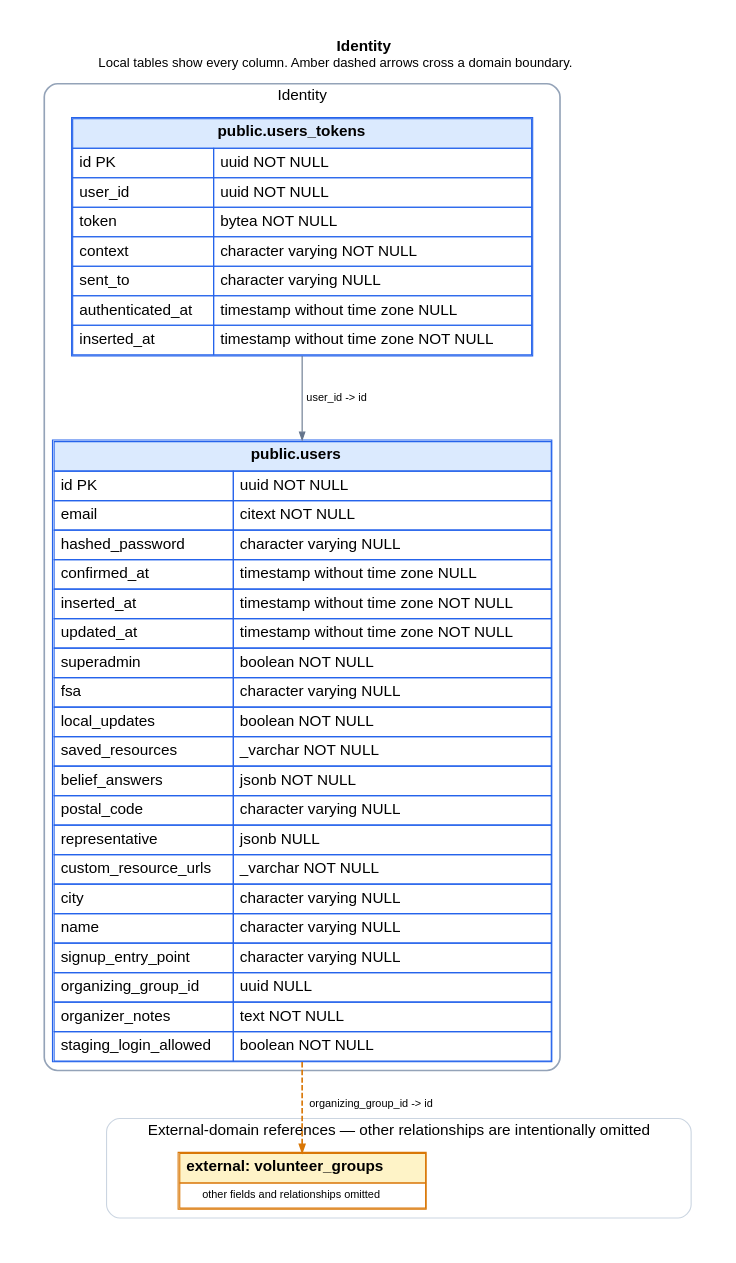
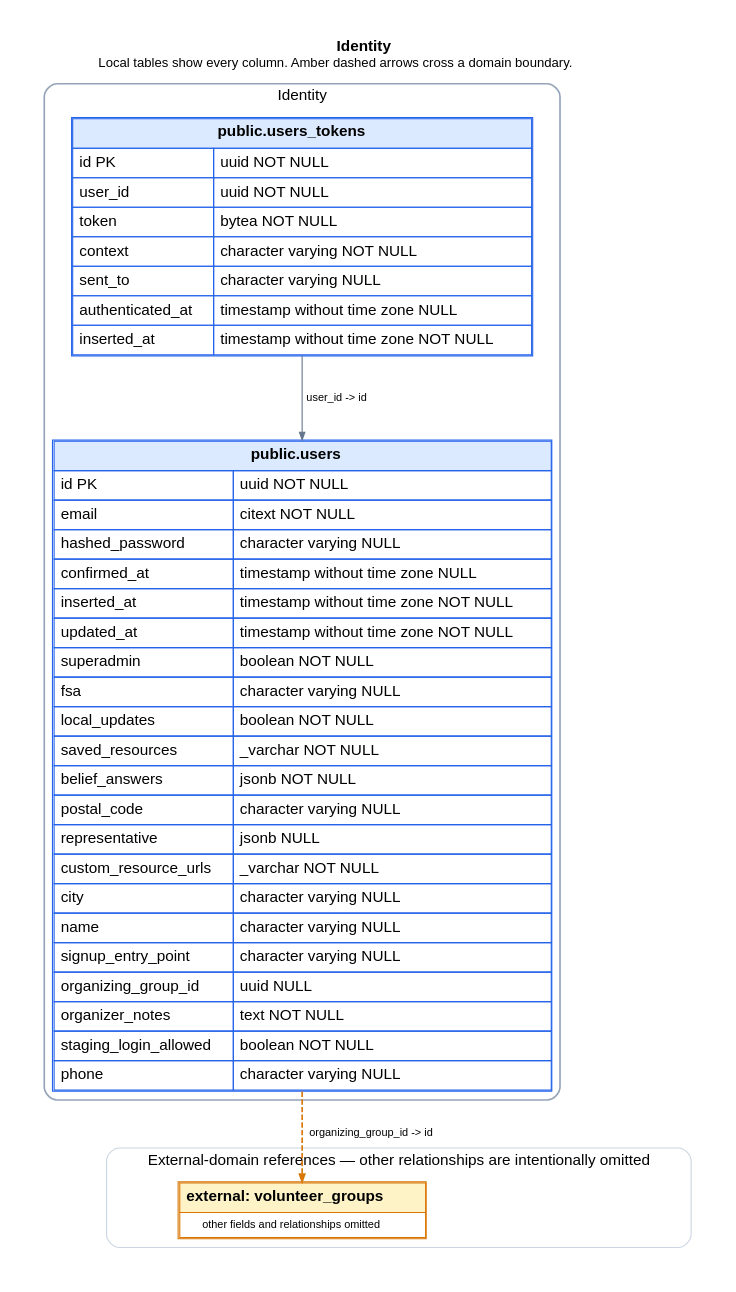
The diagram in docs/schema/domains/identity.dot (ogourment/pauseai.ca-website), drawn with Graphviz before and after one commit. The commit also changed 38 other files, not shown here.

Commit message:
Clarify signup choices, add account continuation and optional phone

```diff
--- a/docs/schema/domains/identity.dot
+++ b/docs/schema/domains/identity.dot
@@ -1,45 +1,45 @@
 digraph identity {
   graph [rankdir=TB, bgcolor="white", pad=0.35, nodesep=0.6, ranksep=0.9, fontname="Helvetica"];
   node [shape=plain, fontname="Helvetica"];
   edge [fontname="Helvetica", fontsize=10, arrowsize=0.7];
   labelloc="t";
   label=< <B>Identity</B><BR/><FONT POINT-SIZE="12">Local tables show every column. Amber dashed arrows cross a domain boundary.</FONT> >;
 
   subgraph cluster_local {
     label="Identity";
     color="#94a3b8";
     penwidth=1.5;
     style="rounded";
   "users" [label=<
     <TABLE BORDER="1" CELLBORDER="1" CELLSPACING="0" CELLPADDING="5" COLOR="#2563eb">
       <TR><TD BGCOLOR="#dbeafe" COLSPAN="2"><B>public.users</B></TD></TR>
-      <TR><TD ALIGN="LEFT">id PK</TD><TD ALIGN="LEFT">uuid NOT NULL</TD></TR><TR><TD ALIGN="LEFT">email</TD><TD ALIGN="LEFT">citext NOT NULL</TD></TR><TR><TD ALIGN="LEFT">hashed_password</TD><TD ALIGN="LEFT">character varying NULL</TD></TR><TR><TD ALIGN="LEFT">confirmed_at</TD><TD ALIGN="LEFT">timestamp without time zone NULL</TD></TR><TR><TD ALIGN="LEFT">inserted_at</TD><TD ALIGN="LEFT">timestamp without time zone NOT NULL</TD></TR><TR><TD ALIGN="LEFT">updated_at</TD><TD ALIGN="LEFT">timestamp without time zone NOT NULL</TD></TR><TR><TD ALIGN="LEFT">superadmin</TD><TD ALIGN="LEFT">boolean NOT NULL</TD></TR><TR><TD ALIGN="LEFT">fsa</TD><TD ALIGN="LEFT">character varying NULL</TD></TR><TR><TD ALIGN="LEFT">local_updates</TD><TD ALIGN="LEFT">boolean NOT NULL</TD></TR><TR><TD ALIGN="LEFT">saved_resources</TD><TD ALIGN="LEFT">_varchar NOT NULL</TD></TR><TR><TD ALIGN="LEFT">belief_answers</TD><TD ALIGN="LEFT">jsonb NOT NULL</TD></TR><TR><TD ALIGN="LEFT">postal_code</TD><TD ALIGN="LEFT">character varying NULL</TD></TR><TR><TD ALIGN="LEFT">representative</TD><TD ALIGN="LEFT">jsonb NULL</TD></TR><TR><TD ALIGN="LEFT">custom_resource_urls</TD><TD ALIGN="LEFT">_varchar NOT NULL</TD></TR><TR><TD ALIGN="LEFT">city</TD><TD ALIGN="LEFT">character varying NULL</TD></TR><TR><TD ALIGN="LEFT">name</TD><TD ALIGN="LEFT">character varying NULL</TD></TR><TR><TD ALIGN="LEFT">signup_entry_point</TD><TD ALIGN="LEFT">character varying NULL</TD></TR><TR><TD ALIGN="LEFT">organizing_group_id</TD><TD ALIGN="LEFT">uuid NULL</TD></TR><TR><TD ALIGN="LEFT">organizer_notes</TD><TD ALIGN="LEFT">text NOT NULL</TD></TR><TR><TD ALIGN="LEFT">staging_login_allowed</TD><TD ALIGN="LEFT">boolean NOT NULL</TD></TR>
+      <TR><TD ALIGN="LEFT">id PK</TD><TD ALIGN="LEFT">uuid NOT NULL</TD></TR><TR><TD ALIGN="LEFT">email</TD><TD ALIGN="LEFT">citext NOT NULL</TD></TR><TR><TD ALIGN="LEFT">hashed_password</TD><TD ALIGN="LEFT">character varying NULL</TD></TR><TR><TD ALIGN="LEFT">confirmed_at</TD><TD ALIGN="LEFT">timestamp without time zone NULL</TD></TR><TR><TD ALIGN="LEFT">inserted_at</TD><TD ALIGN="LEFT">timestamp without time zone NOT NULL</TD></TR><TR><TD ALIGN="LEFT">updated_at</TD><TD ALIGN="LEFT">timestamp without time zone NOT NULL</TD></TR><TR><TD ALIGN="LEFT">superadmin</TD><TD ALIGN="LEFT">boolean NOT NULL</TD></TR><TR><TD ALIGN="LEFT">fsa</TD><TD ALIGN="LEFT">character varying NULL</TD></TR><TR><TD ALIGN="LEFT">local_updates</TD><TD ALIGN="LEFT">boolean NOT NULL</TD></TR><TR><TD ALIGN="LEFT">saved_resources</TD><TD ALIGN="LEFT">_varchar NOT NULL</TD></TR><TR><TD ALIGN="LEFT">belief_answers</TD><TD ALIGN="LEFT">jsonb NOT NULL</TD></TR><TR><TD ALIGN="LEFT">postal_code</TD><TD ALIGN="LEFT">character varying NULL</TD></TR><TR><TD ALIGN="LEFT">representative</TD><TD ALIGN="LEFT">jsonb NULL</TD></TR><TR><TD ALIGN="LEFT">custom_resource_urls</TD><TD ALIGN="LEFT">_varchar NOT NULL</TD></TR><TR><TD ALIGN="LEFT">city</TD><TD ALIGN="LEFT">character varying NULL</TD></TR><TR><TD ALIGN="LEFT">name</TD><TD ALIGN="LEFT">character varying NULL</TD></TR><TR><TD ALIGN="LEFT">signup_entry_point</TD><TD ALIGN="LEFT">character varying NULL</TD></TR><TR><TD ALIGN="LEFT">organizing_group_id</TD><TD ALIGN="LEFT">uuid NULL</TD></TR><TR><TD ALIGN="LEFT">organizer_notes</TD><TD ALIGN="LEFT">text NOT NULL</TD></TR><TR><TD ALIGN="LEFT">staging_login_allowed</TD><TD ALIGN="LEFT">boolean NOT NULL</TD></TR><TR><TD ALIGN="LEFT">phone</TD><TD ALIGN="LEFT">character varying NULL</TD></TR>
     </TABLE>
   >];
 
   "users_tokens" [label=<
     <TABLE BORDER="1" CELLBORDER="1" CELLSPACING="0" CELLPADDING="5" COLOR="#2563eb">
       <TR><TD BGCOLOR="#dbeafe" COLSPAN="2"><B>public.users_tokens</B></TD></TR>
       <TR><TD ALIGN="LEFT">id PK</TD><TD ALIGN="LEFT">uuid NOT NULL</TD></TR><TR><TD ALIGN="LEFT">user_id</TD><TD ALIGN="LEFT">uuid NOT NULL</TD></TR><TR><TD ALIGN="LEFT">token</TD><TD ALIGN="LEFT">bytea NOT NULL</TD></TR><TR><TD ALIGN="LEFT">context</TD><TD ALIGN="LEFT">character varying NOT NULL</TD></TR><TR><TD ALIGN="LEFT">sent_to</TD><TD ALIGN="LEFT">character varying NULL</TD></TR><TR><TD ALIGN="LEFT">authenticated_at</TD><TD ALIGN="LEFT">timestamp without time zone NULL</TD></TR><TR><TD ALIGN="LEFT">inserted_at</TD><TD ALIGN="LEFT">timestamp without time zone NOT NULL</TD></TR>
     </TABLE>
   >];
 
   }
 
   subgraph cluster_external {
     label="External-domain references — other relationships are intentionally omitted";
     color="#cbd5e1";
     penwidth=1;
     style="rounded";
   "volunteer_groups" [label=<
     <TABLE BORDER="1" CELLBORDER="1" CELLSPACING="0" CELLPADDING="5" COLOR="#d97706">
       <TR><TD BGCOLOR="#fef3c7"><B>external: volunteer_groups</B></TD></TR>
       <TR><TD><FONT POINT-SIZE="10">other fields and relationships omitted</FONT></TD></TR>
     </TABLE>
   >];
 
   }
 
   "users" -> "volunteer_groups" [label="organizing_group_id -> id", color="#d97706", style="dashed", penwidth=1.5];
   "users_tokens" -> "users" [label="user_id -> id", color="#64748b"];
 }
```
